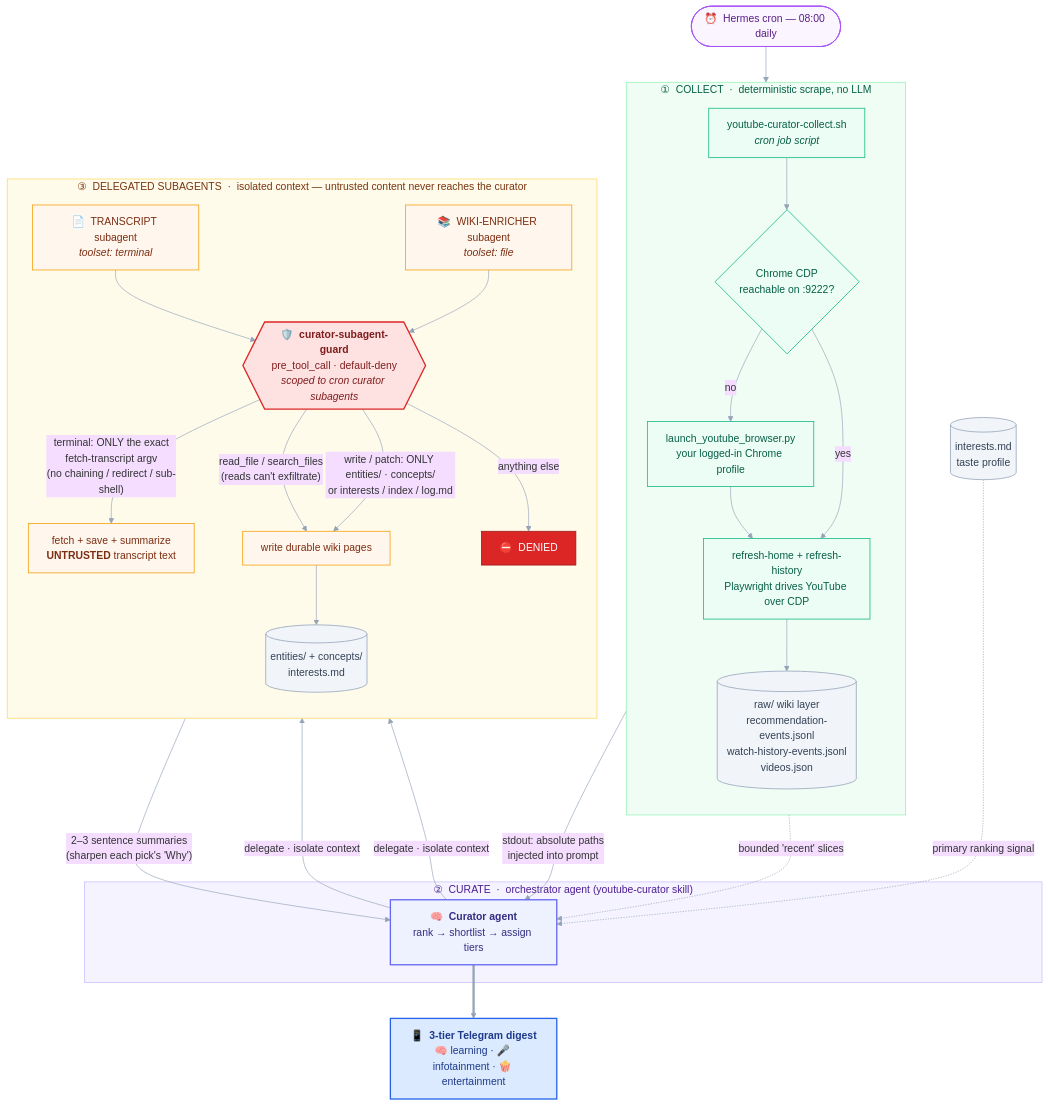
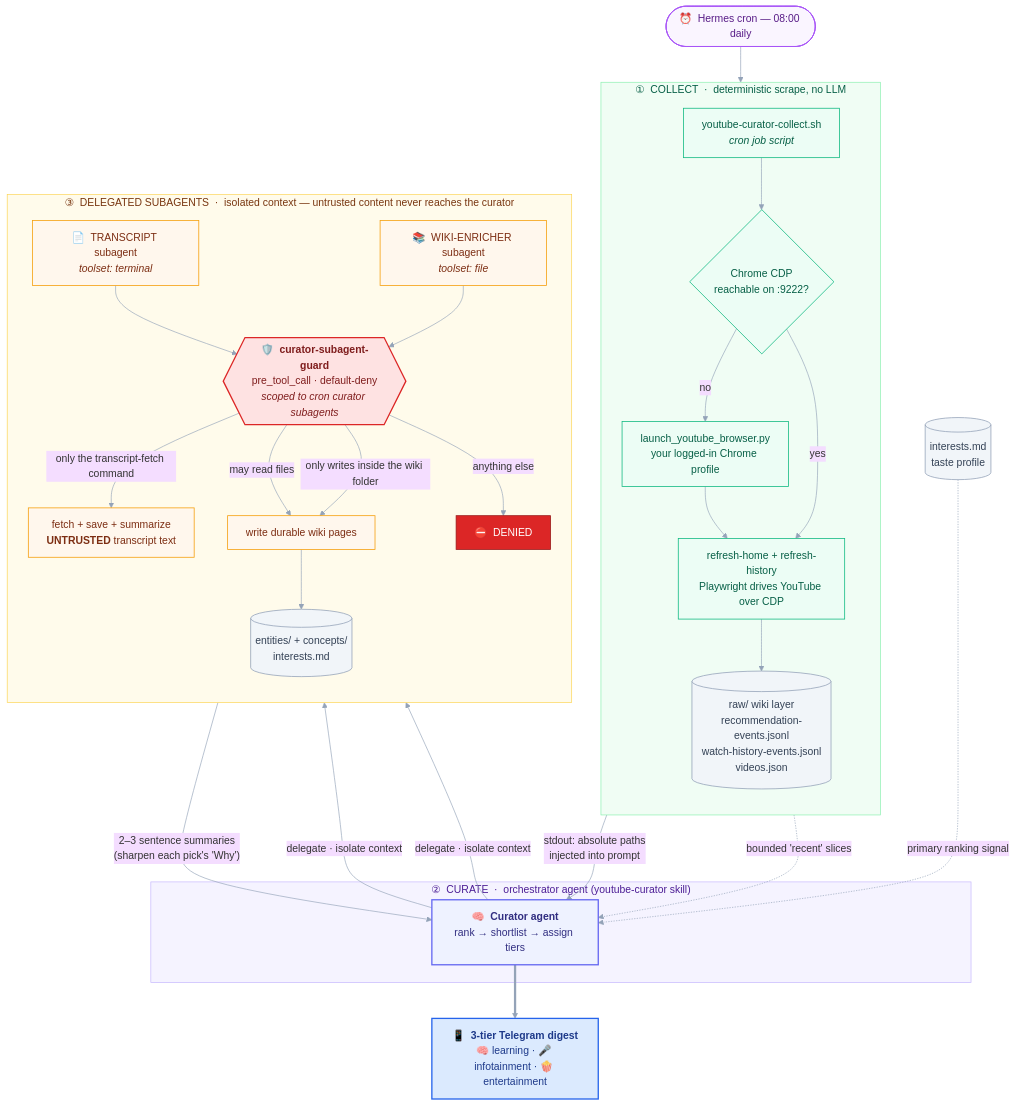
One commit to pariidanDKE/HermesYoutubeCurator changed the diagram in README.md. Above: the diagram before and after it, drawn with Mermaid.

Commit message:
README: simplify guard edge labels in the pipeline diagram
The guard's allow-rules were verbose on the diagram. Summarize them to plain
language ("only the transcript-fetch command", "only writes inside the wiki
folder", "may read files") for at-a-glance reading; the exact allowlist still
lives in the prose under the diagram.

````diff
--- a/README.md
+++ b/README.md
@@ -32,65 +32,65 @@
 ```mermaid
 %%{init: {'theme':'base','themeVariables':{'lineColor':'#94a3b8','primaryBorderColor':'#cbd5e1'},'flowchart':{'curve':'basis','padding':14,'nodeSpacing':45,'rankSpacing':55}}}%%
 flowchart TD
     cron(["⏰ &nbsp;Hermes cron — 08:00 daily"]) --> sh["youtube-curator-collect.sh<br/><i>cron job script</i>"]
 
     subgraph collect["① &nbsp;COLLECT &nbsp;·&nbsp; deterministic scrape, no LLM"]
         direction TB
         sh --> cdp{"Chrome CDP<br/>reachable on :9222?"}
         cdp -- "no" --> launch["launch_youtube_browser.py<br/>your logged-in Chrome profile"]
         launch --> scrape
         cdp -- "yes" --> scrape["refresh-home + refresh-history<br/>Playwright drives YouTube over CDP"]
         scrape --> raw[("raw/ wiki layer<br/>recommendation-events.jsonl<br/>watch-history-events.jsonl<br/>videos.json")]
     end
 
     sh -- "stdout: absolute paths<br/>injected into prompt" --> curator
     raw -. "bounded 'recent' slices" .-> curator
     interests[("interests.md<br/>taste profile")] -. "primary ranking signal" .-> curator
 
     subgraph orch["② &nbsp;CURATE &nbsp;·&nbsp; orchestrator agent (youtube-curator skill)"]
         curator["🧠 &nbsp;<b>Curator agent</b><br/>rank → shortlist → assign tiers"]
     end
 
     curator -- "delegate · isolate context" --> tsub
     curator -- "delegate · isolate context" --> wsub
 
     subgraph iso["③ &nbsp;DELEGATED SUBAGENTS &nbsp;·&nbsp; isolated context — untrusted content never reaches the curator"]
         direction TB
         tsub["📄 &nbsp;TRANSCRIPT subagent<br/><i>toolset: terminal</i>"]
         wsub["📚 &nbsp;WIKI-ENRICHER subagent<br/><i>toolset: file</i>"]
         guard{{"🛡️ &nbsp;<b>curator-subagent-guard</b><br/>pre_tool_call · default-deny<br/><i>scoped to cron curator subagents</i>"}}
         tsub --> guard
         wsub --> guard
-        guard -- "terminal: ONLY the exact<br/>fetch-transcript argv<br/>(no chaining / redirect / sub-shell)" --> twork["fetch + save + summarize<br/><b>UNTRUSTED</b> transcript text"]
-        guard -- "read_file / search_files<br/>(reads can't exfiltrate)" --> wwork
-        guard -- "write / patch: ONLY entities/ · concepts/<br/>or interests / index / log.md" --> wwork["write durable wiki pages"]
+        guard -- "only the transcript-fetch command" --> twork["fetch + save + summarize<br/><b>UNTRUSTED</b> transcript text"]
+        guard -- "may read files" --> wwork
+        guard -- "only writes inside the wiki folder" --> wwork["write durable wiki pages"]
         guard -- "anything else" --> deny["⛔ &nbsp;DENIED"]
         wwork --> wikiout[("entities/ + concepts/<br/>interests.md")]
     end
 
     twork -- "2–3 sentence summaries<br/>(sharpen each pick's 'Why')" --> curator
     curator ==> digest["📱 &nbsp;<b>3-tier Telegram digest</b><br/>🧠 learning · 🎤 infotainment · 🍿 entertainment"]
 
     %% ---------- styling ----------
     classDef cronCls   fill:#faf5ff,stroke:#a855f7,stroke-width:1.5px,color:#581c87;
     classDef collectCls fill:#ecfdf5,stroke:#10b981,stroke-width:1.2px,color:#065f46;
     classDef agentCls  fill:#eef2ff,stroke:#6366f1,stroke-width:2px,color:#312e81;
     classDef subCls    fill:#fff7ed,stroke:#f59e0b,stroke-width:1.2px,color:#7c2d12;
     classDef guardCls  fill:#fee2e2,stroke:#dc2626,stroke-width:2px,color:#7f1d1d;
     classDef denyCls   fill:#dc2626,stroke:#991b1b,stroke-width:1.2px,color:#ffffff;
     classDef dataCls   fill:#f1f5f9,stroke:#94a3b8,stroke-width:1.2px,color:#334155;
     classDef outCls    fill:#dbeafe,stroke:#2563eb,stroke-width:2px,color:#1e3a8a;
 
     class cron cronCls;
     class sh,cdp,launch,scrape collectCls;
     class raw,interests,wikiout dataCls;
     class curator agentCls;
     class tsub,wsub,twork,wwork subCls;
     class guard guardCls;
     class deny denyCls;
     class digest outCls;
 
     style collect fill:#f0fdf4,stroke:#86efac,color:#065f46;
     style orch fill:#f5f3ff,stroke:#c4b5fd,color:#4c1d95;
     style iso fill:#fffbeb,stroke:#fcd34d,color:#78350f;
 ```
````
